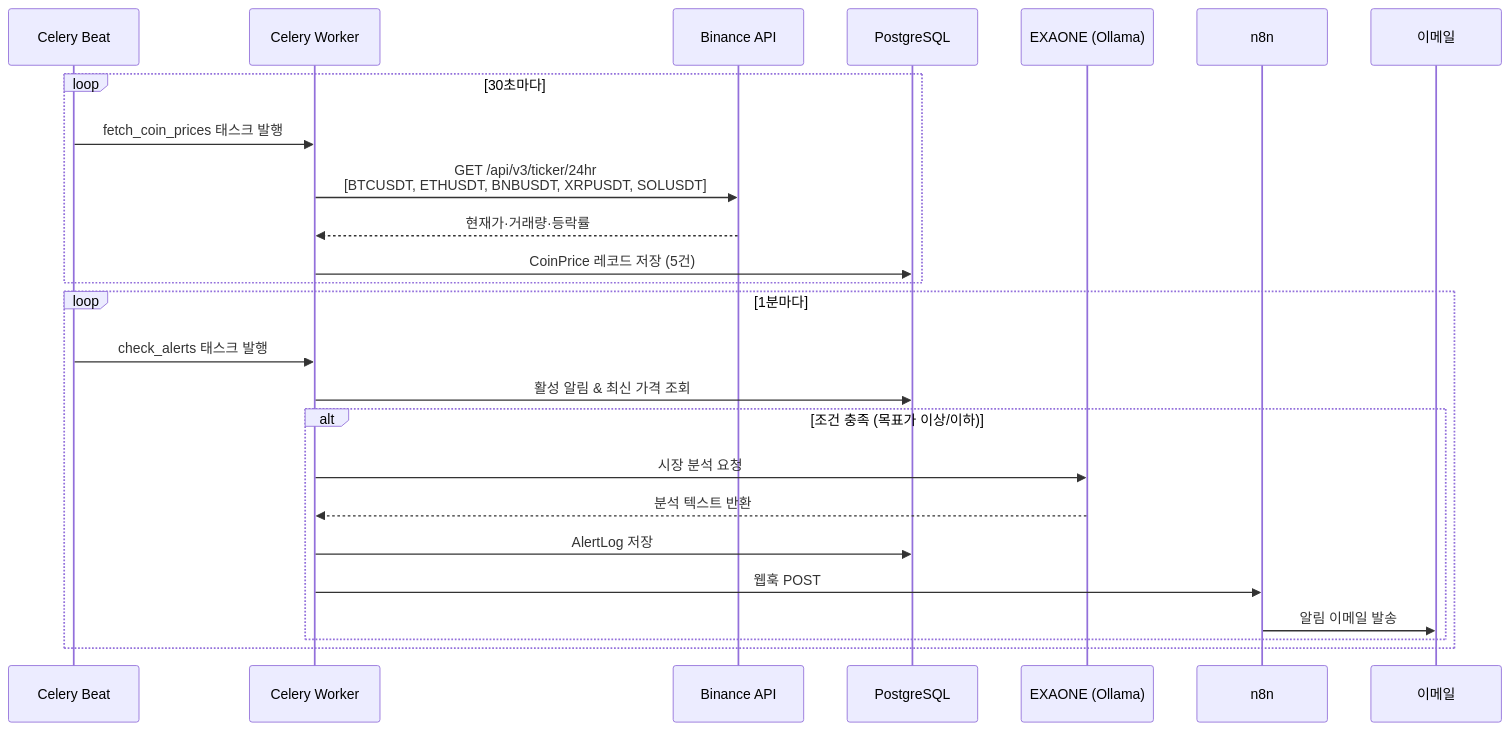
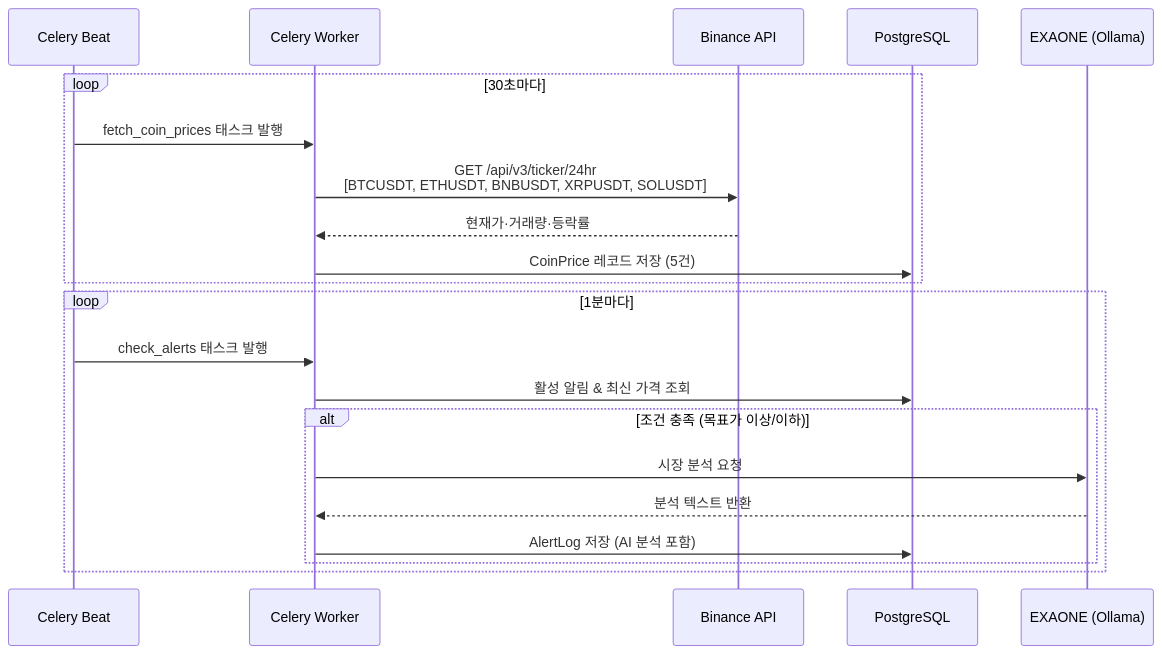
The second of 4 diagrams in README.md (Userlsj-project/crypto-monitor), drawn with Mermaid before and after one commit. The commit also changed other lines of this file, not shown here.

Commit message:
docs: remove email references, describe alert log instead

````diff
--- a/README.md
+++ b/README.md
@@ -62,29 +60,25 @@
 ```mermaid
 sequenceDiagram
     participant Beat as Celery Beat
     participant Worker as Celery Worker
     participant Binance as Binance API
     participant DB as PostgreSQL
     participant AI as EXAONE (Ollama)
-    participant n8n as n8n
-    participant Email as 이메일
 
     loop 30초마다
         Beat->>Worker: fetch_coin_prices 태스크 발행
         Worker->>Binance: GET /api/v3/ticker/24hr<br/>[BTCUSDT, ETHUSDT, BNBUSDT, XRPUSDT, SOLUSDT]
         Binance-->>Worker: 현재가·거래량·등락률
         Worker->>DB: CoinPrice 레코드 저장 (5건)
     end
 
     loop 1분마다
         Beat->>Worker: check_alerts 태스크 발행
         Worker->>DB: 활성 알림 & 최신 가격 조회
         alt 조건 충족 (목표가 이상/이하)
             Worker->>AI: 시장 분석 요청
             AI-->>Worker: 분석 텍스트 반환
-            Worker->>DB: AlertLog 저장
-            Worker->>n8n: 웹훅 POST
-            n8n->>Email: 알림 이메일 발송
+            Worker->>DB: AlertLog 저장 (AI 분석 포함)
         end
     end
 ```
````
